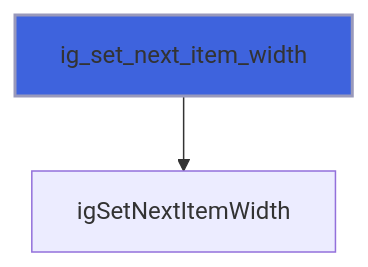
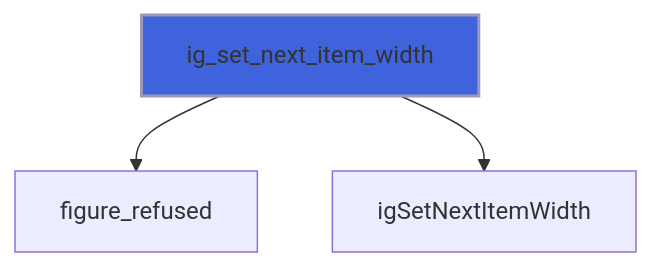
The ninth of 39 diagrams in docs/api/src/lib/figure_imgui.md (szaghi/figure), drawn with Mermaid before and after one commit. The commit also changed other lines of this file and 10 other files, not shown here.

````diff
--- a/docs/api/src/lib/figure_imgui.md
+++ b/docs/api/src/lib/figure_imgui.md
@@ -301,5 +314,6 @@
 ```mermaid
 flowchart TD
+  ig_set_next_item_width["ig_set_next_item_width"] --> figure_refused["figure_refused"]
   ig_set_next_item_width["ig_set_next_item_width"] --> igSetNextItemWidth["igSetNextItemWidth"]
   style ig_set_next_item_width fill:#3e63dd,stroke:#99b,stroke-width:2px
 ```
````
